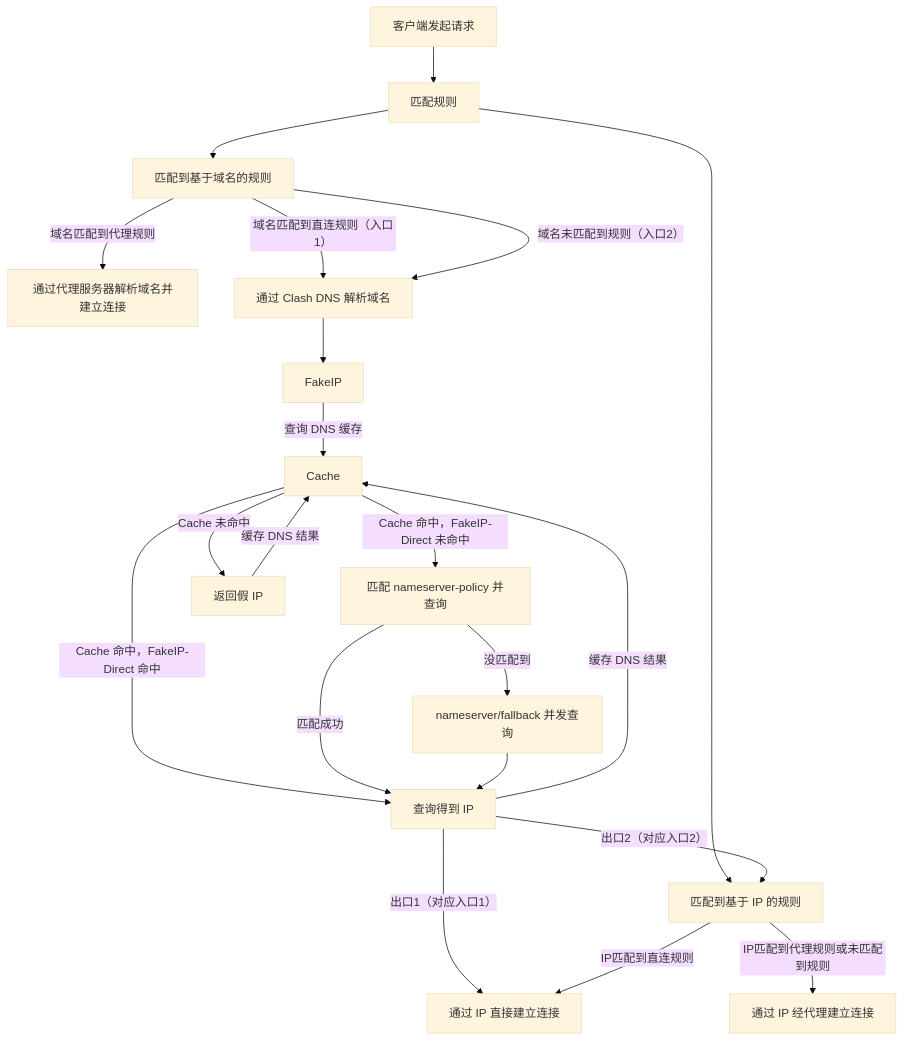
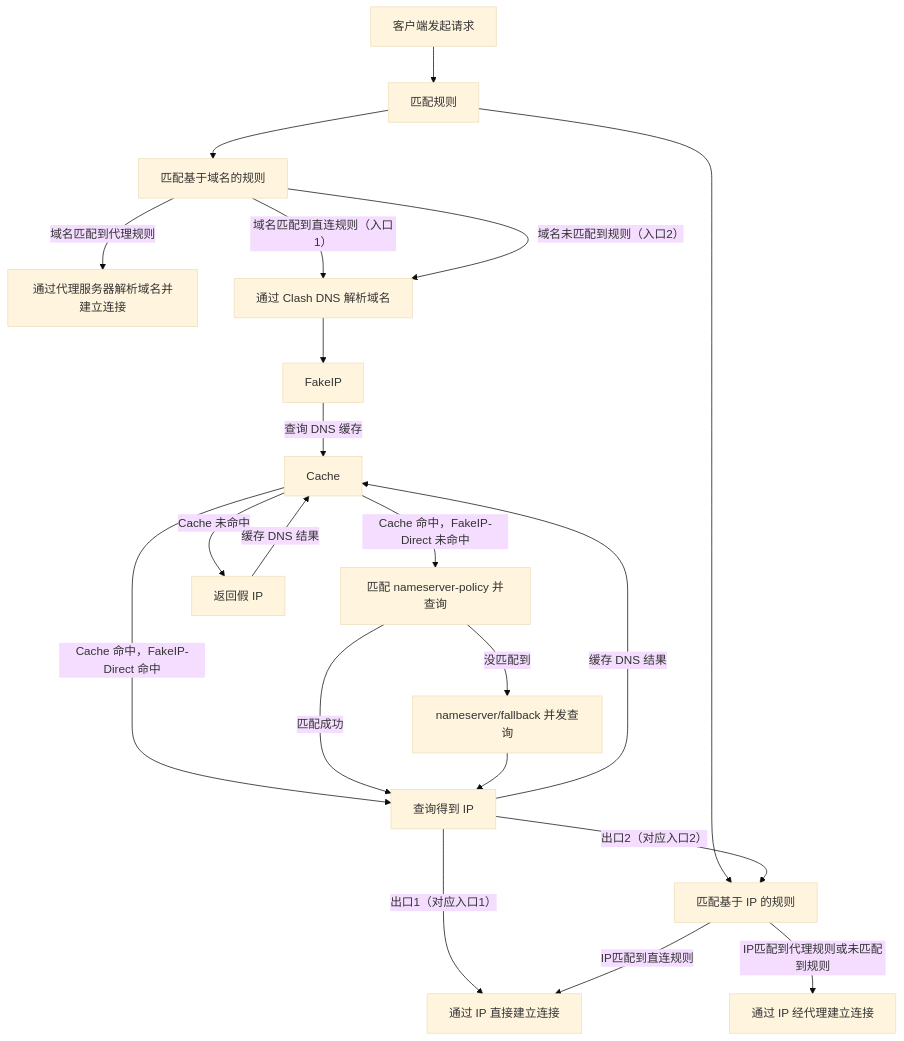
The diagram in mihomoDNS解析流程.md (Jishi0/sub-rule), drawn with Mermaid (base theme) before and after one commit.

````diff
--- a/mihomoDNS解析流程.md
+++ b/mihomoDNS解析流程.md
@@ -1,34 +1,34 @@
 ```mermaid
 flowchart TD
   Start[客户端发起请求] --> rule[匹配规则]
-  rule -->  Domain[匹配到基于域名的规则]
-  rule --> IP[匹配到基于 IP 的规则]
+  rule -->  Domain[匹配基于域名的规则]
+  rule --> IP[匹配基于 IP 的规则]
 
   Domain --> |域名匹配到代理规则|Remote[通过代理服务器解析域名并建立连接]
   Domain --> |域名匹配到直连规则（入口1）|DNS[通过 Clash DNS 解析域名]
   Domain --> |域名未匹配到规则（入口2）|DNS
 
   DNS --> FakeIP
   FakeIP --> |查询 DNS 缓存|Cache
 
   Cache --> |Cache 命中，FakeIP-Direct 命中|Get[查询得到 IP]
   Cache --> |Cache 命中，FakeIP-Direct 未命中|NS[匹配 nameserver-policy 并查询 ]
   Cache --> |Cache 未命中|FakeGet[返回假 IP]
 
   NS --> |匹配成功| Get
   NS --> |没匹配到| NF[nameserver/fallback 并发查询]
   NF --> Get
 
   Get --> |缓存 DNS 结果|Cache
   FakeGet --> |缓存 DNS 结果|Cache
 
 
   Get --> |出口1（对应入口1）|Direct[通过 IP 直接建立连接]
   Get --> |出口2（对应入口2）|IP
 
   IP --> |IP匹配到直连规则|Direct
   IP --> |IP匹配到代理规则或未匹配到规则|Proxy[通过 IP 经代理建立连接]
 
 
 
 ```
````
